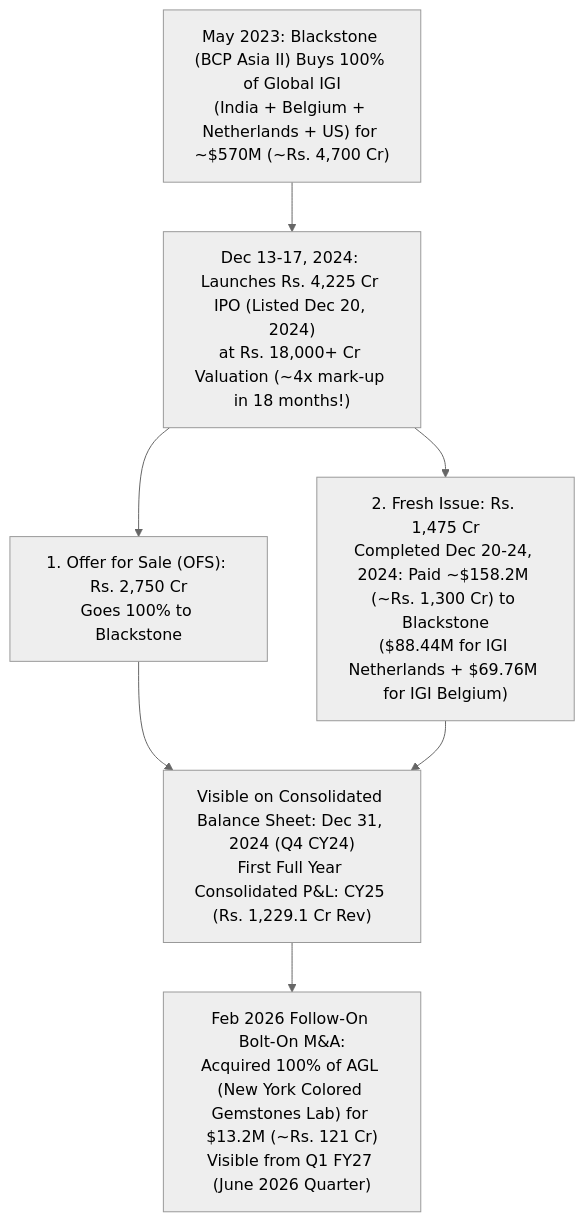
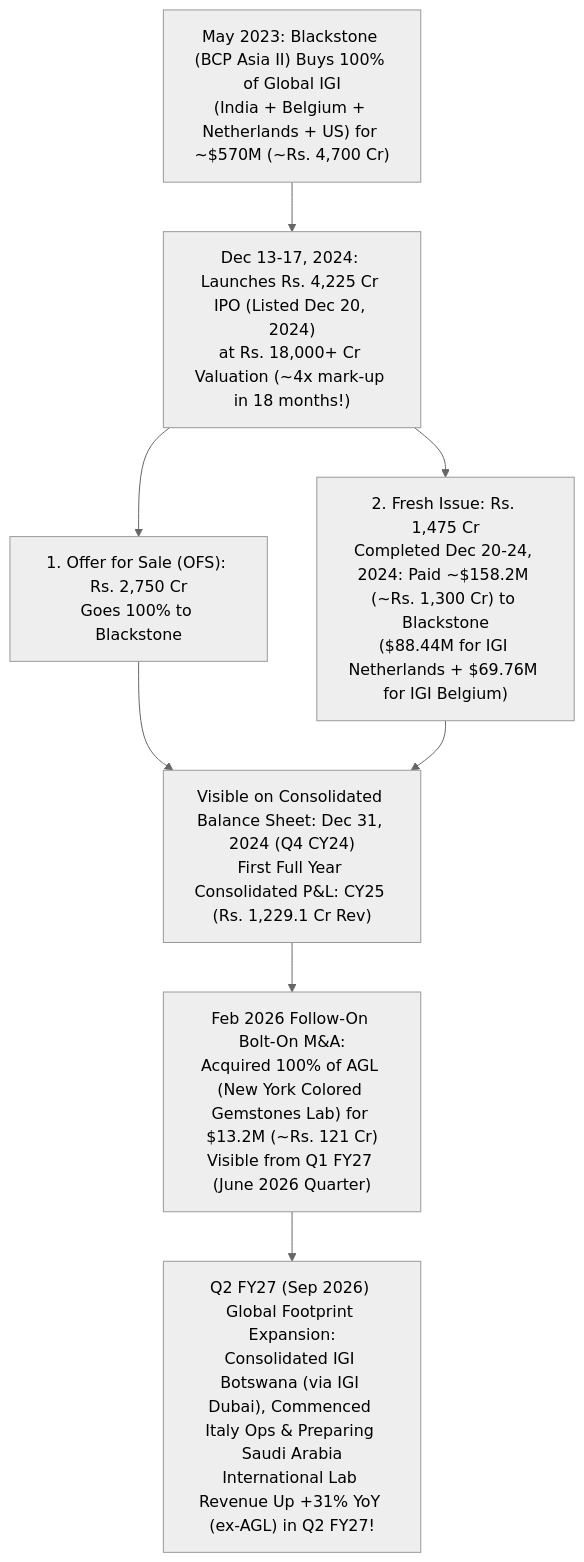
Before and after one commit to imagarg01/LearningStuff: the first of 4 diagrams in docs/Finance/Companies/IGIL/Forensic-Valuation-And-Timing-Upgrade.md, drawn with Mermaid (neutral theme). The commit also changed other lines of this file and 2 other files, not shown here.

````diff
--- a/docs/Finance/Companies/IGIL/Forensic-Valuation-And-Timing-Upgrade.md
+++ b/docs/Finance/Companies/IGIL/Forensic-Valuation-And-Timing-Upgrade.md
@@ -37,9 +38,10 @@
 ```mermaid
 flowchart TD
     BM["May 2023: Blackstone (BCP Asia II) Buys 100% of Global IGI\n(India + Belgium + Netherlands + US) for ~$570M (~Rs. 4,700 Cr)"]
     BM --> IPO["Dec 13-17, 2024: Launches Rs. 4,225 Cr IPO (Listed Dec 20, 2024)\nat Rs. 18,000+ Cr Valuation (~4x mark-up in 18 months!)"]
     IPO --> OFS["1. Offer for Sale (OFS): Rs. 2,750 Cr\nGoes 100% to Blackstone"]
     IPO --> FI["2. Fresh Issue: Rs. 1,475 Cr\nCompleted Dec 20-24, 2024: Paid ~$158.2M (~Rs. 1,300 Cr) to Blackstone\n($88.44M for IGI Netherlands + $69.76M for IGI Belgium)"]
     OFS & FI --> BOOKS["Visible on Consolidated Balance Sheet: Dec 31, 2024 (Q4 CY24)\nFirst Full Year Consolidated P&L: CY25 (Rs. 1,229.1 Cr Rev)"]
     BOOKS --> AGL["Feb 2026 Follow-On Bolt-On M&A:\nAcquired 100% of AGL (New York Colored Gemstones Lab) for $13.2M (~Rs. 121 Cr)\nVisible from Q1 FY27 (June 2026 Quarter)"]
+    AGL --> EXP["Q2 FY27 (Sep 2026) Global Footprint Expansion:\nConsolidated IGI Botswana (via IGI Dubai), Commenced Italy Ops & Preparing Saudi Arabia\nInternational Lab Revenue Up +31% YoY (ex-AGL) in Q2 FY27!"]
 ```
````
